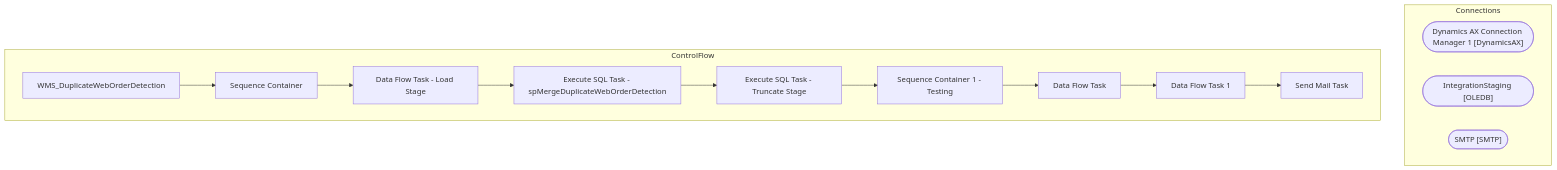
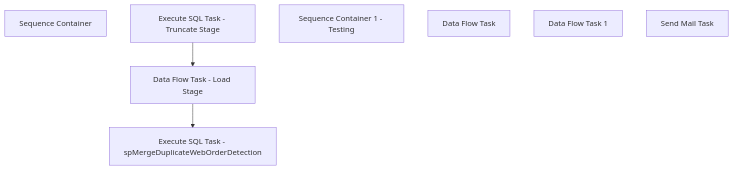
One commit to juanandresbrain/BABSkills changed the diagram in bab-docs-explorer/Documentation/STL-SSIS-P-01/SSIS/WMS/WMS_DuplicateWebOrderDetection.WMS_DuplicateWebOrderDetection.md. Above: the diagram before and after it, drawn with Mermaid. The commit also changed other lines of this file and 273 other files, not shown here.

````diff
--- a/bab-docs-explorer/Documentation/STL-SSIS-P-01/SSIS/WMS/WMS_DuplicateWebOrderDetection.WMS_DuplicateWebOrderDetection.md
+++ b/bab-docs-explorer/Documentation/STL-SSIS-P-01/SSIS/WMS/WMS_DuplicateWebOrderDetection.WMS_DuplicateWebOrderDetection.md
@@ -9,27 +44,13 @@
 ```mermaid
 flowchart TD
-    subgraph Connections
-        Dynamics_AX_Connection_Manager_1_conn(["Dynamics AX Connection Manager 1 [DynamicsAX]"])
-        IntegrationStaging_conn(["IntegrationStaging [OLEDB]"])
-        SMTP_conn(["SMTP [SMTP]"])
-    end
-    subgraph ControlFlow
-        WMS_DuplicateWebOrderDetection_task["WMS_DuplicateWebOrderDetection"]
-        Sequence_Container_task["Sequence Container"]
-        WMS_DuplicateWebOrderDetection_task --> Sequence_Container_task
-        Data_Flow_Task___Load_Stage_task["Data Flow Task - Load Stage"]
-        Sequence_Container_task --> Data_Flow_Task___Load_Stage_task
-        Execute_SQL_Task___spMergeDuplicateWebOrderDetection_task["Execute SQL Task - spMergeDuplicateWebOrderDetection"]
-        Data_Flow_Task___Load_Stage_task --> Execute_SQL_Task___spMergeDuplicateWebOrderDetection_task
-        Execute_SQL_Task___Truncate_Stage_task["Execute SQL Task - Truncate Stage"]
-        Execute_SQL_Task___spMergeDuplicateWebOrderDetection_task --> Execute_SQL_Task___Truncate_Stage_task
-        Sequence_Container_1___Testing_task["Sequence Container 1 - Testing"]
-        Execute_SQL_Task___Truncate_Stage_task --> Sequence_Container_1___Testing_task
-        Data_Flow_Task_task["Data Flow Task"]
-        Sequence_Container_1___Testing_task --> Data_Flow_Task_task
-        Data_Flow_Task_1_task["Data Flow Task 1"]
-        Data_Flow_Task_task --> Data_Flow_Task_1_task
-        Send_Mail_Task_task["Send Mail Task"]
-        Data_Flow_Task_1_task --> Send_Mail_Task_task
-    end
+    n_Package_Sequence_Container["Sequence Container"]
+    n_Package_Sequence_Container_Data_Flow_Task___Load_Stage["Data Flow Task - Load Stage"]
+    n_Package_Sequence_Container_Execute_SQL_Task___spMergeDuplicateWebOrderDetection["Execute SQL Task - spMergeDuplicateWebOrderDetection"]
+    n_Package_Sequence_Container_Execute_SQL_Task___Truncate_Stage["Execute SQL Task - Truncate Stage"]
+    n_Package_Sequence_Container_1___Testing["Sequence Container 1 - Testing"]
+    n_Package_Sequence_Container_1___Testing_Data_Flow_Task["Data Flow Task"]
+    n_Package_Sequence_Container_1___Testing_Data_Flow_Task_1["Data Flow Task 1"]
+    n_Package_EventHandlers_OnError__Send_Mail_Task["Send Mail Task"]
+    n_Package_Sequence_Container_Execute_SQL_Task___Truncate_Stage --> n_Package_Sequence_Container_Data_Flow_Task___Load_Stage
+    n_Package_Sequence_Container_Data_Flow_Task___Load_Stage --> n_Package_Sequence_Container_Execute_SQL_Task___spMergeDuplicateWebOrderDetection
 ```
````
